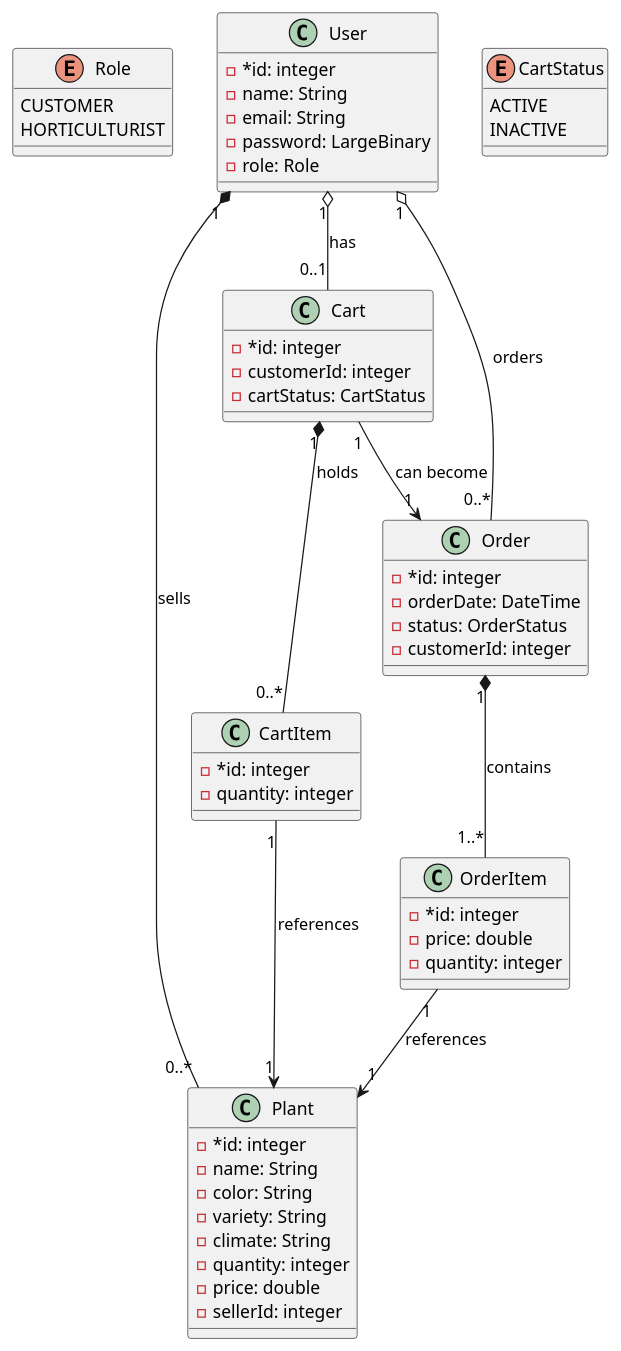
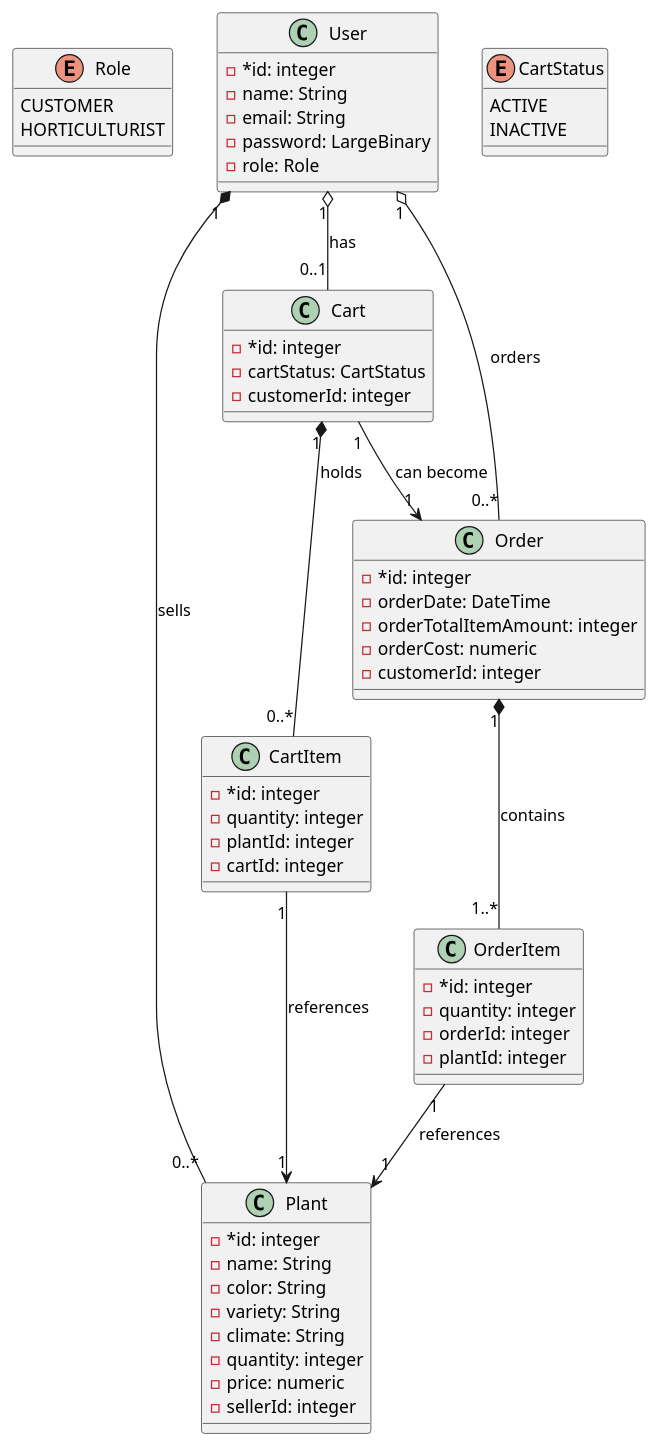
Before and after one commit to cs-rrcc/plant-shop: the diagram in uml/class_diagram.wsd, drawn with PlantUML. The commit also changed 4 other files, not shown here.

```diff
--- a/uml/class_diagram.wsd
+++ b/uml/class_diagram.wsd
@@ -1,68 +1,72 @@
 @startuml UnbeleafableObjects
 
 enum Role{
     CUSTOMER
     HORTICULTURIST
 }
 
 class User {
     - *id: integer
     - name: String
     - email: String
     - password: LargeBinary
     - role: Role
 }
 
 class Plant {
     - *id: integer
     - name: String
     - color: String
     - variety: String
     - climate: String
     - quantity: integer
-    - price: double
+    - price: numeric
     - sellerId: integer
 }
 
 enum CartStatus {
     ACTIVE
     INACTIVE
 }
 
 class Cart {
     - *id: integer
+    - cartStatus: CartStatus 
     - customerId: integer
-    - cartStatus: CartStatus
 }
 
 class CartItem {
     - *id: integer
     - quantity: integer
+    - plantId: integer
+    - cartId: integer
 }
 
 class Order {
     - *id: integer
     - orderDate: DateTime
-    - status: OrderStatus
+    - orderTotalItemAmount: integer
+    - orderCost: numeric
     - customerId: integer
 }
 
 class OrderItem {
     - *id: integer
-    - price: double
     - quantity: integer
+    - orderId: integer
+    - plantId: integer
 }
 
 User "1" *-- "0..*" Plant: sells
 User "1" o-- "0..1" Cart : has
 User "1" o-- "0..*" Order: orders
 
 Cart "1" *-- "0..*" CartItem : holds
 CartItem "1" --> "1" Plant : references
 
 Cart "1" --> "1" Order: can become
 
 Order "1" *-- "1..*" OrderItem: contains
 OrderItem "1" --> "1" Plant: references
 
 @enduml
```
